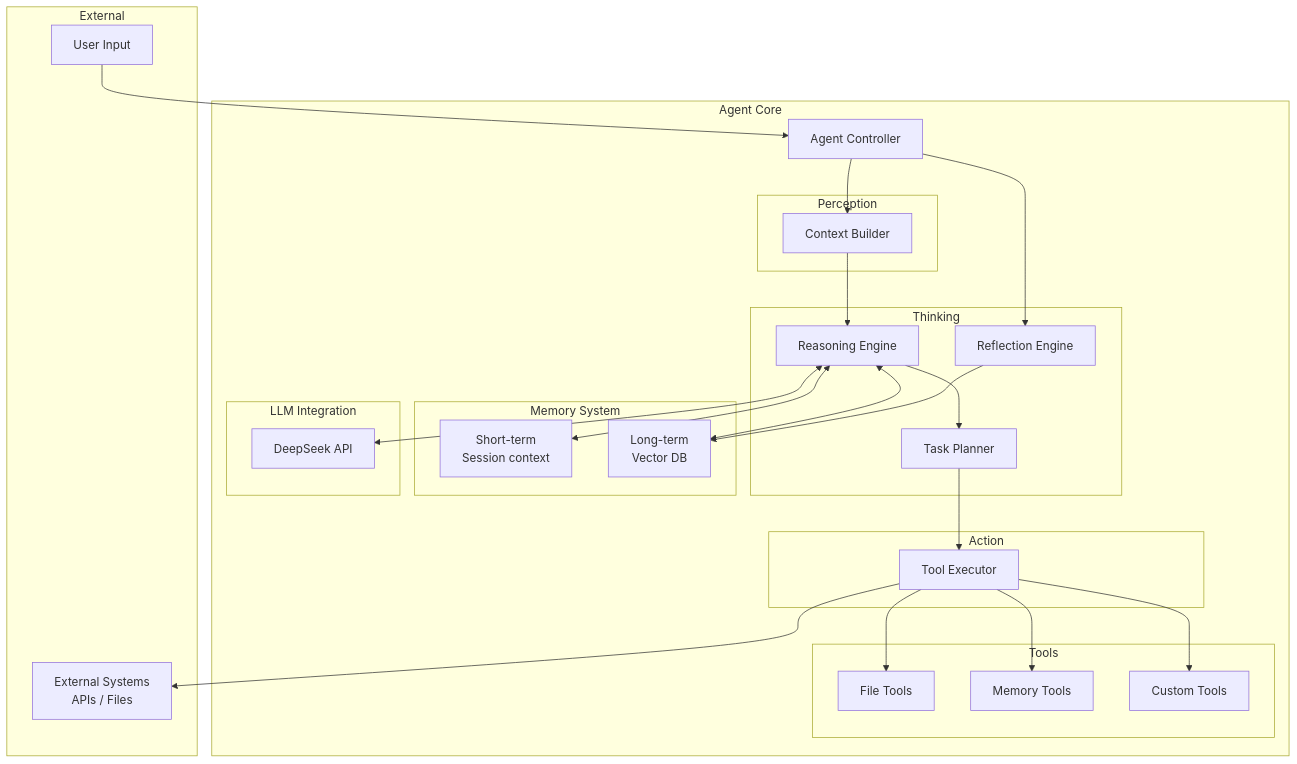
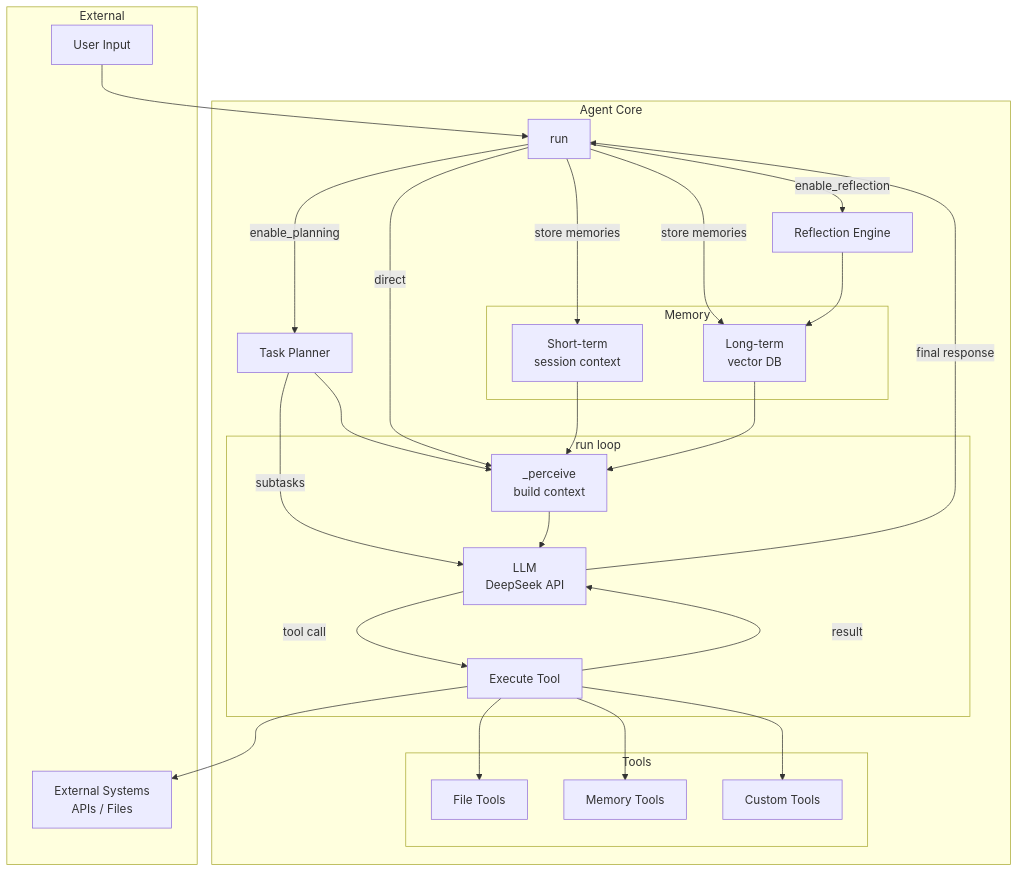
The diagram in README.md (Lykr/agent), drawn with Mermaid before and after one commit. The commit also changed 1 other file, not shown here.

Commit message:
docs: rewrite architecture diagram to accurately reflect actual code flow
- Replace abstract module boxes with actual method names (run, _perceive, etc.)
- Show run loop as a subgraph with Perceive → LLM → Execute → LLM cycle
- Plan branches from run() via enable_planning, not from Reason
- Reflect branches from run() after loop completes, writes to LongMem
- Memory feeds into _perceive (read) and is written after run loop ends

````diff
--- a/README.md
+++ b/README.md
@@ -126,55 +126,51 @@
 ```mermaid
 graph TB
     subgraph "External"
         User[User Input]
         Env[External Systems<br/>APIs / Files]
     end
 
     subgraph "Agent Core"
-        Agent[Agent Controller]
+        Run[run]
+        Plan[Task Planner]
 
-        subgraph "Perception"
-            Perceive[Context Builder]
+        subgraph "run loop"
+            Perceive[_perceive<br/>build context]
+            LLM[LLM<br/>DeepSeek API]
+            Execute[Execute Tool]
         end
 
-        subgraph "Thinking"
-            Reason[Reasoning Engine]
-            Plan[Task Planner]
-            Reflect[Reflection Engine]
+        subgraph "Memory"
+            ShortMem[Short-term<br/>session context]
+            LongMem[Long-term<br/>vector DB]
         end
 
-        subgraph "Action"
-            Execute[Tool Executor]
-        end
-
-        subgraph "Memory System"
-            ShortMem[Short-term<br/>Session context]
-            LongMem[Long-term<br/>Vector DB]
-        end
-
-        subgraph "LLM Integration"
-            LLM[DeepSeek API]
-        end
+        Reflect[Reflection Engine]
 
         subgraph "Tools"
             FileTools[File Tools]
             MemTools[Memory Tools]
             CustomTools[Custom Tools]
         end
     end
 
-    User --> Agent
-    Agent --> Perceive
-    Perceive --> Reason
-    Reason --> Plan
-    Plan --> Execute
+    User --> Run
+    Run -->|enable_planning| Plan
+    Plan -->|subtasks| LLM
+    Plan --> Perceive
+    Run -->|direct| Perceive
+    ShortMem --> Perceive
+    LongMem --> Perceive
+    Perceive --> LLM
+    LLM -->|tool call| Execute
     Execute --> FileTools
     Execute --> MemTools
     Execute --> CustomTools
-    Reason <--> ShortMem
-    Reason <--> LongMem
-    Reason <--> LLM
     Execute --> Env
-    Agent --> Reflect
+    Execute -->|result| LLM
+    LLM -->|final response| Run
+    Run -->|store memories| ShortMem
+    Run -->|store memories| LongMem
+    Run -->|enable_reflection| Reflect
     Reflect --> LongMem
 ```
````
